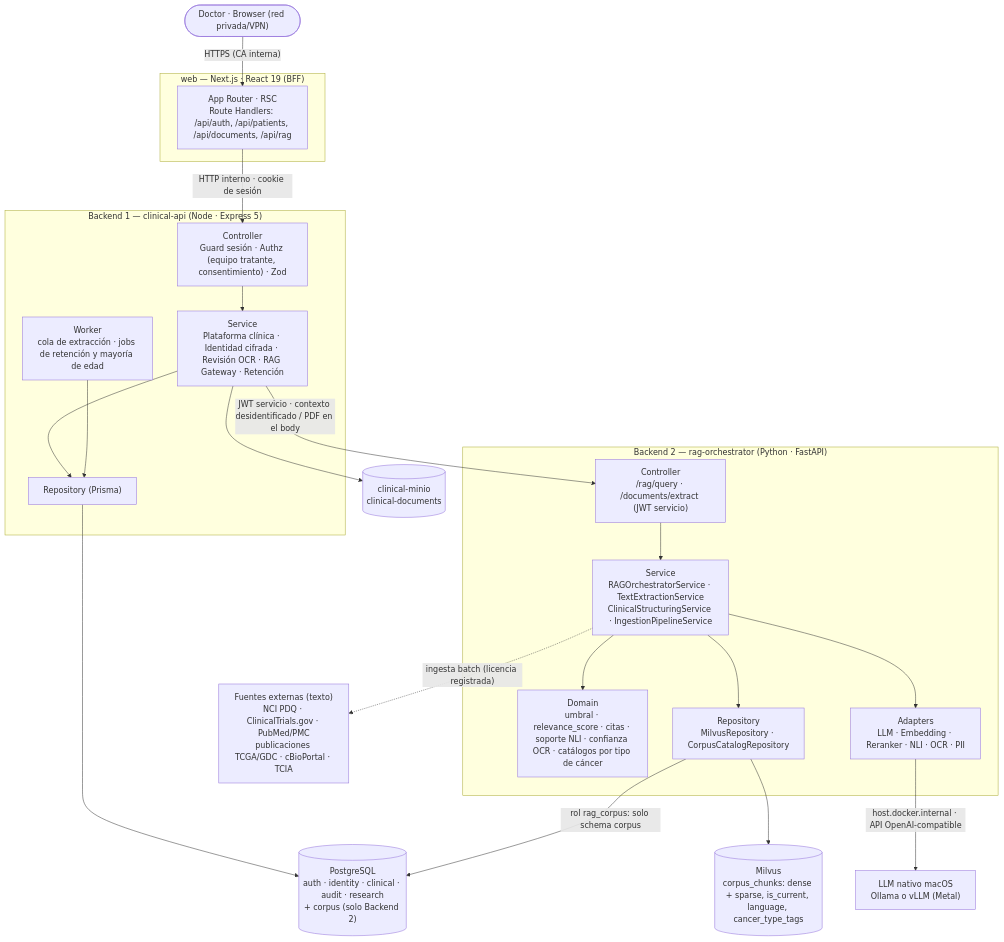
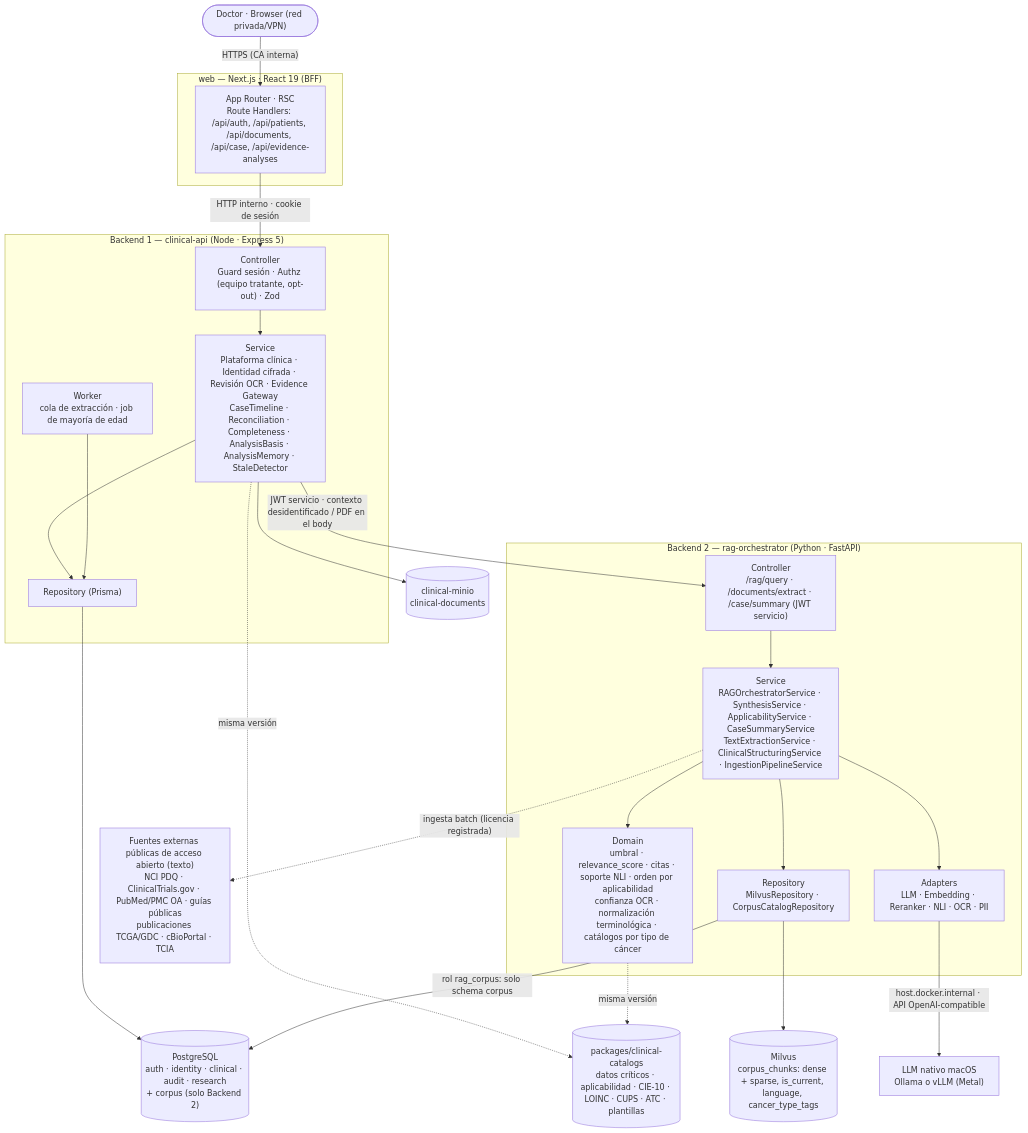
One commit to hatrickmario/OncoLens-Lab changed the first of 7 diagrams in readme.md. Above: the diagram before and after it, drawn with Mermaid. The commit also changed other lines of this file and 14 other files, not shown here.

````diff
--- a/readme.md
+++ b/readme.md
@@ -165,46 +180,49 @@
 ```mermaid
 flowchart TD
     Doctor(["Doctor · Browser (red privada/VPN)"])
 
     subgraph FE["web — Next.js · React 19 (BFF)"]
-        Next["App Router · RSC<br/>Route Handlers: /api/auth, /api/patients, /api/documents, /api/rag"]
+        Next["App Router · RSC<br/>Route Handlers: /api/auth, /api/patients, /api/documents, /api/case, /api/evidence-analyses"]
     end
 
     subgraph BE1["Backend 1 — clinical-api (Node · Express 5)"]
-        C1["Controller<br/>Guard sesión · Authz (equipo tratante, consentimiento) · Zod"]
-        S1["Service<br/>Plataforma clínica · Identidad cifrada · Revisión OCR · RAG Gateway · Retención"]
-        W1["Worker<br/>cola de extracción · jobs de retención y mayoría de edad"]
+        C1["Controller<br/>Guard sesión · Authz (equipo tratante, opt-out) · Zod"]
+        S1["Service<br/>Plataforma clínica · Identidad cifrada · Revisión OCR · Evidence Gateway<br/>CaseTimeline · Reconciliation · Completeness · AnalysisBasis · AnalysisMemory · StaleDetector"]
+        W1["Worker<br/>cola de extracción · job de mayoría de edad"]
         R1["Repository (Prisma)"]
         C1 --> S1 --> R1
         W1 --> R1
     end
 
     PG[("PostgreSQL<br/>auth · identity · clinical · audit · research<br/>+ corpus (solo Backend 2)")]
     CM[("clinical-minio<br/>clinical-documents")]
 
     subgraph BE2["Backend 2 — rag-orchestrator (Python · FastAPI)"]
-        C2["Controller<br/>/rag/query · /documents/extract (JWT servicio)"]
-        S2["Service<br/>RAGOrchestratorService · TextExtractionService<br/>ClinicalStructuringService · IngestionPipelineService"]
-        D2["Domain<br/>umbral · relevance_score · citas · soporte NLI · confianza OCR · catálogos por tipo de cáncer"]
+        C2["Controller<br/>/rag/query · /documents/extract · /case/summary (JWT servicio)"]
+        S2["Service<br/>RAGOrchestratorService · SynthesisService · ApplicabilityService · CaseSummaryService<br/>TextExtractionService · ClinicalStructuringService · IngestionPipelineService"]
+        D2["Domain<br/>umbral · relevance_score · citas · soporte NLI · orden por aplicabilidad<br/>confianza OCR · normalización terminológica · catálogos por tipo de cáncer"]
         R2["Repository<br/>MilvusRepository · CorpusCatalogRepository"]
         A2["Adapters<br/>LLM · Embedding · Reranker · NLI · OCR · PII"]
         C2 --> S2
         S2 --> D2
         S2 --> R2
         S2 --> A2
     end
 
     Milvus[("Milvus<br/>corpus_chunks: dense + sparse, is_current, language, cancer_type_tags")]
     LLM["LLM nativo macOS<br/>Ollama o vLLM (Metal)"]
-    Ext["Fuentes externas (texto)<br/>NCI PDQ · ClinicalTrials.gov · PubMed/PMC<br/>publicaciones TCGA/GDC · cBioPortal · TCIA"]
+    CAT[("packages/clinical-catalogs<br/>datos críticos · aplicabilidad · CIE-10 · LOINC · CUPS · ATC · plantillas")]
+    Ext["Fuentes externas públicas de acceso abierto (texto)<br/>NCI PDQ · ClinicalTrials.gov · PubMed/PMC OA · guías públicas<br/>publicaciones TCGA/GDC · cBioPortal · TCIA"]
 
     Doctor -- "HTTPS (CA interna)" --> Next
     Next -- "HTTP interno · cookie de sesión" --> C1
     R1 --> PG
     S1 --> CM
     S1 -- "JWT servicio · contexto desidentificado / PDF en el body" --> C2
     R2 --> Milvus
     R2 -- "rol rag_corpus: solo schema corpus" --> PG
     A2 -- "host.docker.internal · API OpenAI-compatible" --> LLM
     S2 -. "ingesta batch (licencia registrada)" .-> Ext
+    S1 -. "misma versión" .-> CAT
+    D2 -. "misma versión" .-> CAT
 ```
````
